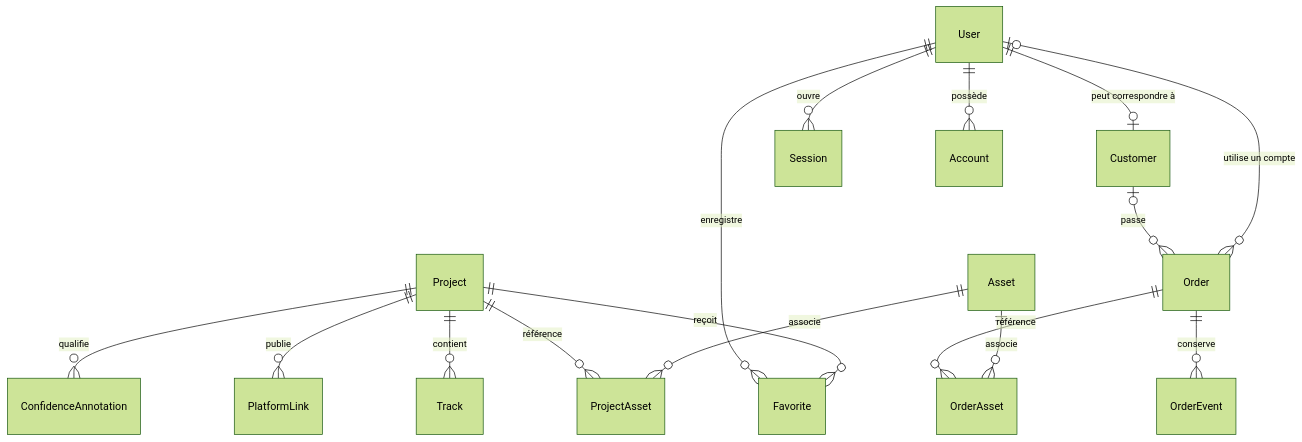
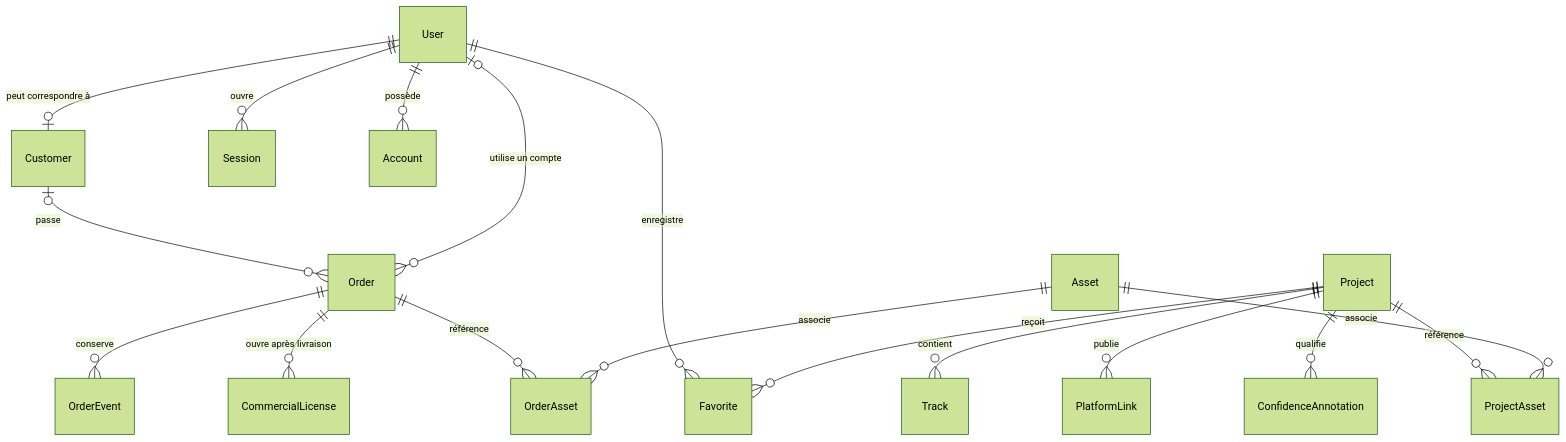
Before and after one commit to LNXBeats/lnxbeats-site: the diagram in docs/DATA_MODEL.md, drawn with Mermaid (forest theme). The commit also changed other lines of this file and 24 other files, not shown here.

Commit message:
refactor: separate creation order from commercial rights

````diff
--- a/docs/DATA_MODEL.md
+++ b/docs/DATA_MODEL.md
@@ -11,18 +11,19 @@
 ```mermaid
 erDiagram
   User ||--o| Customer : "peut correspondre à"
   User ||--o{ Session : ouvre
   User ||--o{ Account : possède
   User ||--o{ Favorite : enregistre
   Project ||--o{ Favorite : reçoit
   Customer o|--o{ Order : passe
   User o|--o{ Order : "utilise un compte"
   Order ||--o{ OrderEvent : conserve
+  Order ||--o{ CommercialLicense : "ouvre après livraison"
   Project ||--o{ Track : contient
   Project ||--o{ PlatformLink : publie
   Project ||--o{ ConfidenceAnnotation : qualifie
   Project ||--o{ ProjectAsset : référence
   Asset ||--o{ ProjectAsset : associe
   Order ||--o{ OrderAsset : référence
   Asset ||--o{ OrderAsset : associe
 ```
````
